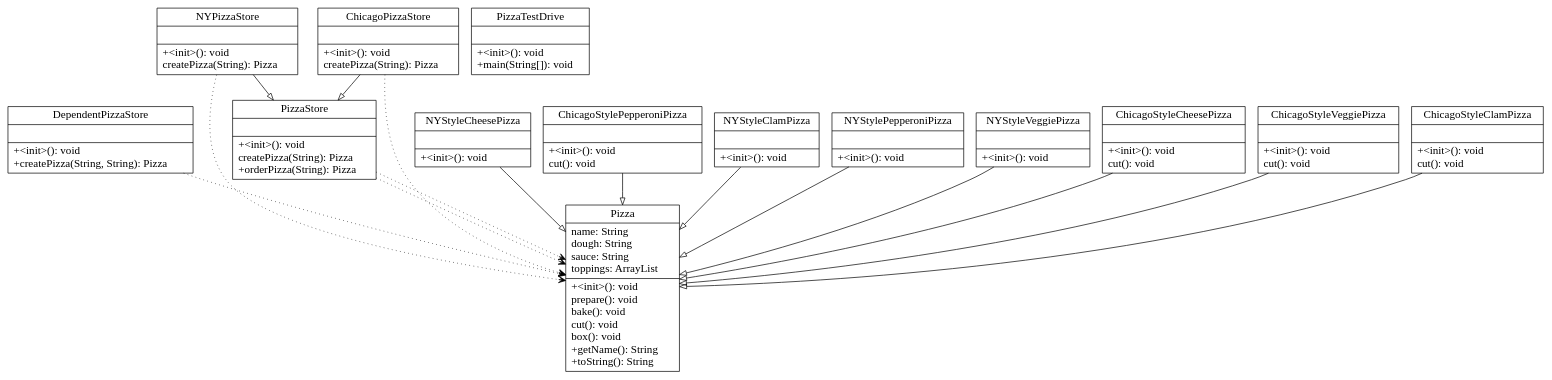
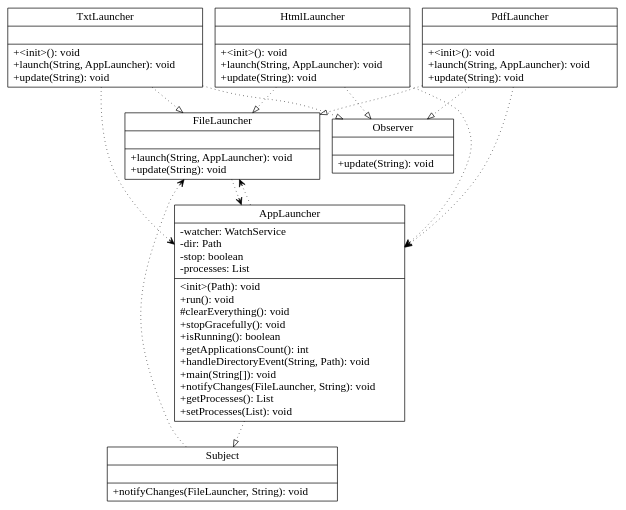
The diagram in target.dot (Maast3r/UMLMaker), drawn with Graphviz before and after one commit. The commit also changed 30 other files, not shown here.

```diff
--- a/target.dot
+++ b/target.dot
@@ -1,72 +1,49 @@
 digraph G{
 	fontname = "Comic Sans"
 	fontsize = 16
 
 node [
 	fontname = "Comic Sans"
 	fontsize = 16
 
         shape = "record"
 ]
 edge [
 	fontname = "Comic Sans"
 	fontsize = 16
 ]
-DependentPizzaStore [ 
-    label="{DependentPizzaStore| | +\<init\>(): void\l+createPizza(String, String): Pizza\l}"]
+TxtLauncher [ 
+    label="{TxtLauncher| | +\<init\>(): void\l+launch(String, AppLauncher): void\l+update(String): void\l}"]
 
-PizzaStore [ 
-    label="{PizzaStore| | +\<init\>(): void\lcreatePizza(String): Pizza\l+orderPizza(String): Pizza\l}"]
+Observer [ 
+    label="{Observer| | +update(String): void\l}"]
 
-NYStyleCheesePizza [ 
-    label="{NYStyleCheesePizza| | +\<init\>(): void\l}"]
+PdfLauncher [ 
+    label="{PdfLauncher| | +\<init\>(): void\l+launch(String, AppLauncher): void\l+update(String): void\l}"]
 
-ChicagoStylePepperoniPizza [ 
-    label="{ChicagoStylePepperoniPizza| | +\<init\>(): void\lcut(): void\l}"]
+FileLauncher [ 
+    label="{FileLauncher| | +launch(String, AppLauncher): void\l+update(String): void\l}"]
 
-NYStyleClamPizza [ 
-    label="{NYStyleClamPizza| | +\<init\>(): void\l}"]
+AppLauncher [ 
+    label="{AppLauncher|-watcher: WatchService \l-dir: Path \l-stop: boolean \l-processes: List \l | \<init\>(Path): void\l+run(): void\l#clearEverything(): void\l+stopGracefully(): void\l+isRunning(): boolean\l+getApplicationsCount(): int\l+handleDirectoryEvent(String, Path): void\l+main(String[]): void\l+notifyChanges(FileLauncher, String): void\l+getProcesses(): List\l+setProcesses(List): void\l}"]
 
-NYStylePepperoniPizza [ 
-    label="{NYStylePepperoniPizza| | +\<init\>(): void\l}"]
+Subject [ 
+    label="{Subject| | +notifyChanges(FileLauncher, String): void\l}"]
 
-NYStyleVeggiePizza [ 
-    label="{NYStyleVeggiePizza| | +\<init\>(): void\l}"]
+HtmlLauncher [ 
+    label="{HtmlLauncher| | +\<init\>(): void\l+launch(String, AppLauncher): void\l+update(String): void\l}"]
 
-Pizza [ 
-    label="{Pizza|name: String \ldough: String \lsauce: String \ltoppings: ArrayList \l | +\<init\>(): void\lprepare(): void\lbake(): void\lcut(): void\lbox(): void\l+getName(): String\l+toString(): String\l}"]
-
-ChicagoStyleCheesePizza [ 
-    label="{ChicagoStyleCheesePizza| | +\<init\>(): void\lcut(): void\l}"]
-
-ChicagoStyleVeggiePizza [ 
-    label="{ChicagoStyleVeggiePizza| | +\<init\>(): void\lcut(): void\l}"]
-
-PizzaTestDrive [ 
-    label="{PizzaTestDrive| | +\<init\>(): void\l+main(String[]): void\l}"]
-
-ChicagoStyleClamPizza [ 
-    label="{ChicagoStyleClamPizza| | +\<init\>(): void\lcut(): void\l}"]
-
-NYPizzaStore [ 
-    label="{NYPizzaStore| | +\<init\>(): void\lcreatePizza(String): Pizza\l}"]
-
-ChicagoPizzaStore [ 
-    label="{ChicagoPizzaStore| | +\<init\>(): void\lcreatePizza(String): Pizza\l}"]
-
-DependentPizzaStore -> Pizza[arrowhead = vee, style = dotted]
-PizzaStore -> Pizza[arrowhead = vee, style = dotted]
-PizzaStore -> Pizza[arrowhead = vee, style = dotted]
-NYStyleCheesePizza -> Pizza [arrowhead = onormal]
-ChicagoStylePepperoniPizza -> Pizza [arrowhead = onormal]
-NYStyleClamPizza -> Pizza [arrowhead = onormal]
-NYStylePepperoniPizza -> Pizza [arrowhead = onormal]
-NYStyleVeggiePizza -> Pizza [arrowhead = onormal]
-ChicagoStyleCheesePizza -> Pizza [arrowhead = onormal]
-ChicagoStyleVeggiePizza -> Pizza [arrowhead = onormal]
-ChicagoStyleClamPizza -> Pizza [arrowhead = onormal]
-NYPizzaStore -> PizzaStore [arrowhead = onormal]
-NYPizzaStore -> Pizza[arrowhead = vee, style = dotted]
-ChicagoPizzaStore -> PizzaStore [arrowhead = onormal]
-ChicagoPizzaStore -> Pizza[arrowhead = vee, style = dotted]
+TxtLauncher -> FileLauncher[arrowhead = onormal,style = dotted]
+TxtLauncher -> Observer[arrowhead = onormal,style = dotted]
+TxtLauncher -> AppLauncher[arrowhead = vee, style = dotted]
+PdfLauncher -> FileLauncher[arrowhead = onormal,style = dotted]
+PdfLauncher -> Observer[arrowhead = onormal,style = dotted]
+PdfLauncher -> AppLauncher[arrowhead = vee, style = dotted]
+FileLauncher -> AppLauncher[arrowhead = vee, style = dotted]
+AppLauncher -> Subject[arrowhead = onormal,style = dotted]
+AppLauncher -> FileLauncher[arrowhead = vee, style = dotted]
+Subject -> FileLauncher[arrowhead = vee, style = dotted]
+HtmlLauncher -> FileLauncher[arrowhead = onormal,style = dotted]
+HtmlLauncher -> Observer[arrowhead = onormal,style = dotted]
+HtmlLauncher -> AppLauncher[arrowhead = vee, style = dotted]
 }
```
